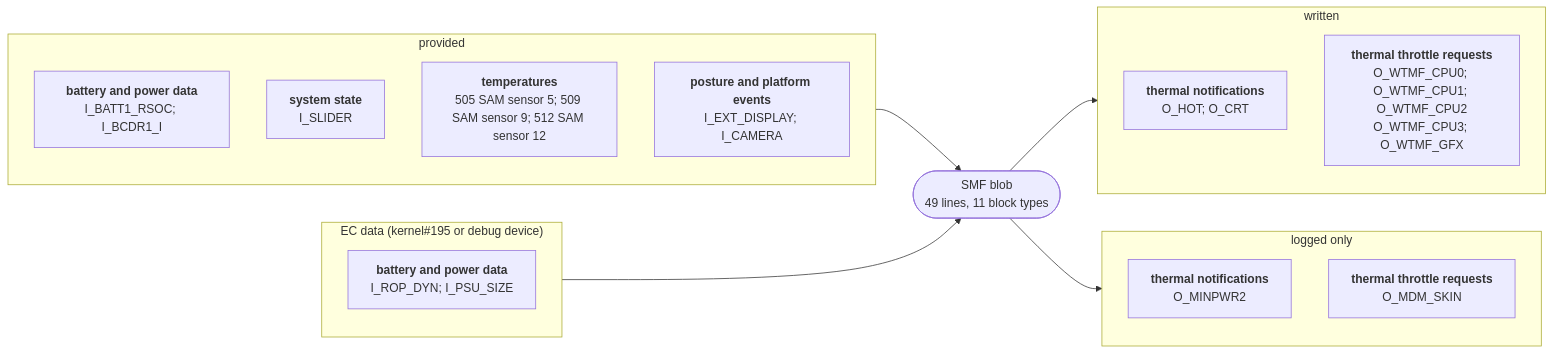
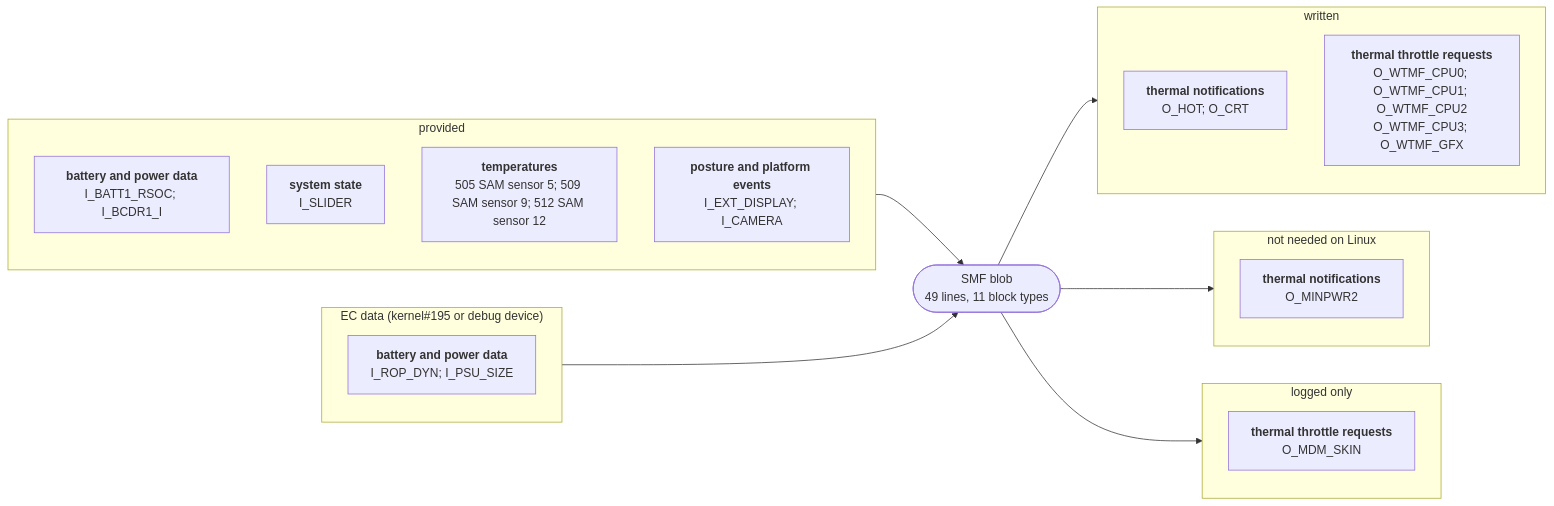
Before and after one commit to larsschellhas/linux-surface-power: the diagram in docs/devices/surface-pro-9-5g.md, drawn with Mermaid. The commit also changed other lines of this file and 42 other files, not shown here.

First line of the commit message:
Remaining Pro 10 outputs: PL1 time window, sensor offset, two not needed

````diff
--- a/docs/devices/surface-pro-9-5g.md
+++ b/docs/devices/surface-pro-9-5g.md
@@ -19,25 +19,28 @@
 ```mermaid
 flowchart LR
     subgraph IN0["provided"]
         I0_28B7BD85["<b>battery and power data</b><br/>I_BATT1_RSOC; I_BCDR1_I"]
         I0_2DD6960F["<b>system state</b><br/>I_SLIDER"]
         I0_2E8B14C2["<b>temperatures</b><br/>505 SAM sensor 5; 509 SAM sensor 9; 512 SAM sensor 12"]
         I0_8060B17F["<b>posture and platform events</b><br/>I_EXT_DISPLAY; I_CAMERA"]
     end
     IN0 --> B
     subgraph IN1["EC data (kernel#195 or debug device)"]
         I1_28B7BD85["<b>battery and power data</b><br/>I_ROP_DYN; I_PSU_SIZE"]
     end
     IN1 --> B
     B(["SMF blob<br/>49 lines, 11 block types"])
     subgraph OUT0["written"]
         O0_110DF2A4["<b>thermal notifications</b><br/>O_HOT; O_CRT"]
         O0_9BBB8910["<b>thermal throttle requests</b><br/>O_WTMF_CPU0; O_WTMF_CPU1; O_WTMF_CPU2<br/>O_WTMF_CPU3; O_WTMF_GFX"]
     end
     B --> OUT0
-    subgraph OUT1["logged only"]
+    subgraph OUT1["not needed on Linux"]
         O1_110DF2A4["<b>thermal notifications</b><br/>O_MINPWR2"]
-        O1_9BBB8910["<b>thermal throttle requests</b><br/>O_MDM_SKIN"]
     end
     B --> OUT1
+    subgraph OUT2["logged only"]
+        O2_9BBB8910["<b>thermal throttle requests</b><br/>O_MDM_SKIN"]
+    end
+    B --> OUT2
 ```
````
